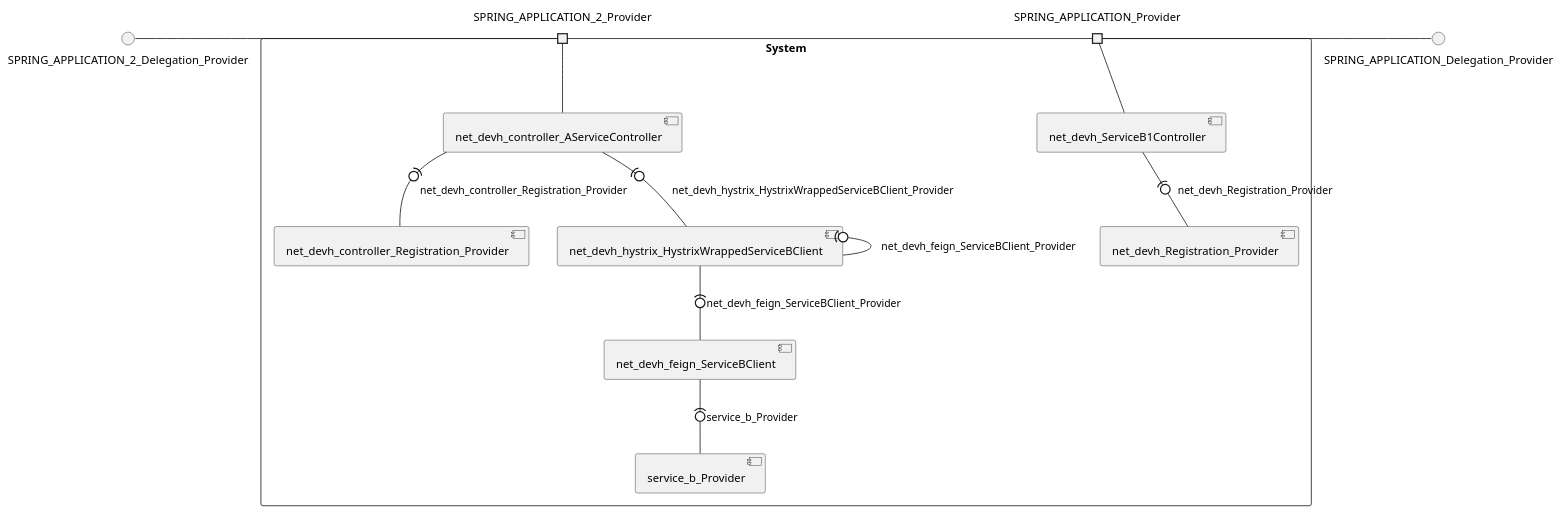
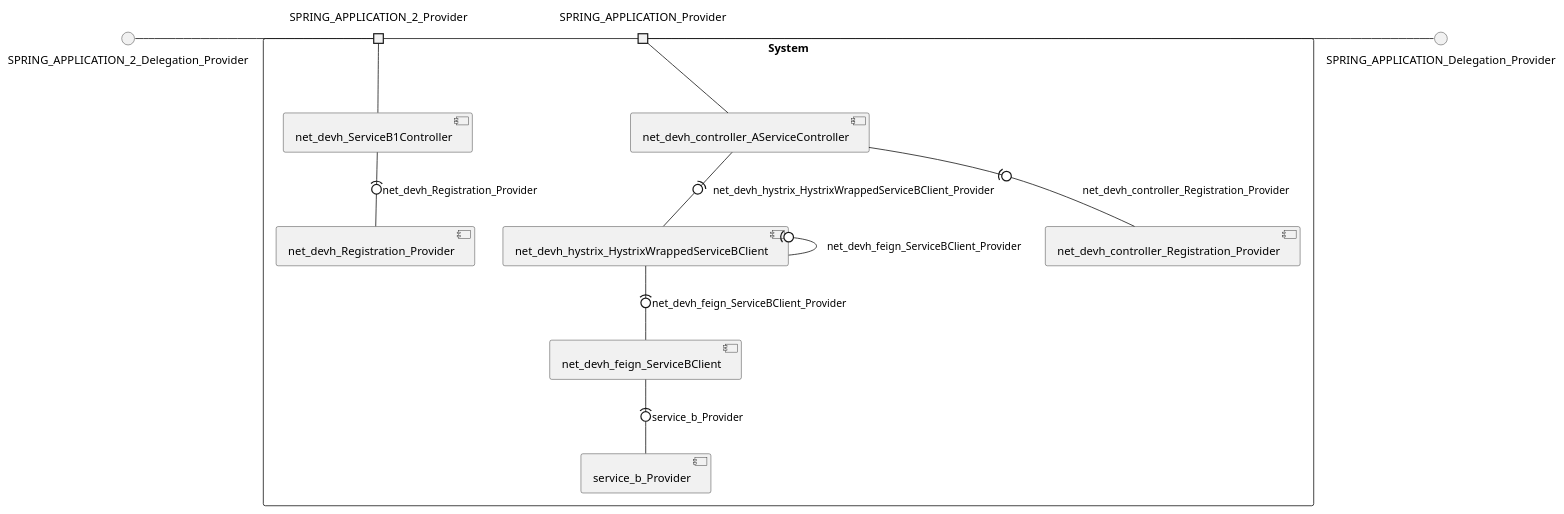
Before and after one commit to MSt-10/Palladio-ReverseEngineering-Benchmark: the diagram in yidongnan-spring-cloud-netflix-example/model_re/uml/systemDiagram.puml, drawn with PlantUML. The commit also changed 283 other files, not shown here.

```diff
--- a/yidongnan-spring-cloud-netflix-example/model_re/uml/systemDiagram.puml
+++ b/yidongnan-spring-cloud-netflix-example/model_re/uml/systemDiagram.puml
@@ -1,28 +1,28 @@
 @startuml
 skinparam fixCircleLabelOverlapping true
 skinparam componentStyle uml2
 () SPRING_APPLICATION_2_Delegation_Provider
 () SPRING_APPLICATION_Delegation_Provider
 rectangle System {
-[net_devh_Registration_Provider] [[yidongnan-spring-cloud-netflix-example.repository#_esZYgdCNEe-AyJJhUpArcg]]
-[net_devh_ServiceB1Controller] [[yidongnan-spring-cloud-netflix-example.repository#_esZYgdCNEe-AyJJhUpArcg]]
-[net_devh_controller_AServiceController] [[yidongnan-spring-cloud-netflix-example.repository#_esZYgdCNEe-AyJJhUpArcg]]
-[net_devh_controller_Registration_Provider] [[yidongnan-spring-cloud-netflix-example.repository#_esZYgdCNEe-AyJJhUpArcg]]
-[net_devh_feign_ServiceBClient] [[yidongnan-spring-cloud-netflix-example.repository#_esZYgdCNEe-AyJJhUpArcg]]
-[net_devh_hystrix_HystrixWrappedServiceBClient] [[yidongnan-spring-cloud-netflix-example.repository#_esZYgdCNEe-AyJJhUpArcg]]
-[service_b_Provider] [[yidongnan-spring-cloud-netflix-example.repository#_esZYgdCNEe-AyJJhUpArcg]]
+[net_devh_Registration_Provider] [[yidongnan-spring-cloud-netflix-example.repository#_gdIkBNFWEe-7G5EEqKpjIw]]
+[net_devh_ServiceB1Controller] [[yidongnan-spring-cloud-netflix-example.repository#_gdIkBNFWEe-7G5EEqKpjIw]]
+[net_devh_controller_AServiceController] [[yidongnan-spring-cloud-netflix-example.repository#_gdIkBNFWEe-7G5EEqKpjIw]]
+[net_devh_controller_Registration_Provider] [[yidongnan-spring-cloud-netflix-example.repository#_gdIkBNFWEe-7G5EEqKpjIw]]
+[net_devh_feign_ServiceBClient] [[yidongnan-spring-cloud-netflix-example.repository#_gdIkBNFWEe-7G5EEqKpjIw]]
+[net_devh_hystrix_HystrixWrappedServiceBClient] [[yidongnan-spring-cloud-netflix-example.repository#_gdIkBNFWEe-7G5EEqKpjIw]]
+[service_b_Provider] [[yidongnan-spring-cloud-netflix-example.repository#_gdIkBNFWEe-7G5EEqKpjIw]]
 port SPRING_APPLICATION_2_Provider
 SPRING_APPLICATION_2_Delegation_Provider - SPRING_APPLICATION_2_Provider
-SPRING_APPLICATION_2_Provider - [net_devh_controller_AServiceController]
+SPRING_APPLICATION_2_Provider - [net_devh_ServiceB1Controller]
 port SPRING_APPLICATION_Provider
 SPRING_APPLICATION_Delegation_Provider - SPRING_APPLICATION_Provider
-SPRING_APPLICATION_Provider - [net_devh_ServiceB1Controller]
+SPRING_APPLICATION_Provider - [net_devh_controller_AServiceController]
 [net_devh_ServiceB1Controller] -(0- [net_devh_Registration_Provider] : net_devh_Registration_Provider
 [net_devh_controller_AServiceController] -(0- [net_devh_controller_Registration_Provider] : net_devh_controller_Registration_Provider
 [net_devh_hystrix_HystrixWrappedServiceBClient] -(0- [net_devh_feign_ServiceBClient] : net_devh_feign_ServiceBClient_Provider
 [net_devh_hystrix_HystrixWrappedServiceBClient] -(0- [net_devh_hystrix_HystrixWrappedServiceBClient] : net_devh_feign_ServiceBClient_Provider
 [net_devh_controller_AServiceController] -(0- [net_devh_hystrix_HystrixWrappedServiceBClient] : net_devh_hystrix_HystrixWrappedServiceBClient_Provider
 [net_devh_feign_ServiceBClient] -(0- [service_b_Provider] : service_b_Provider
 }
 
 @enduml
```
